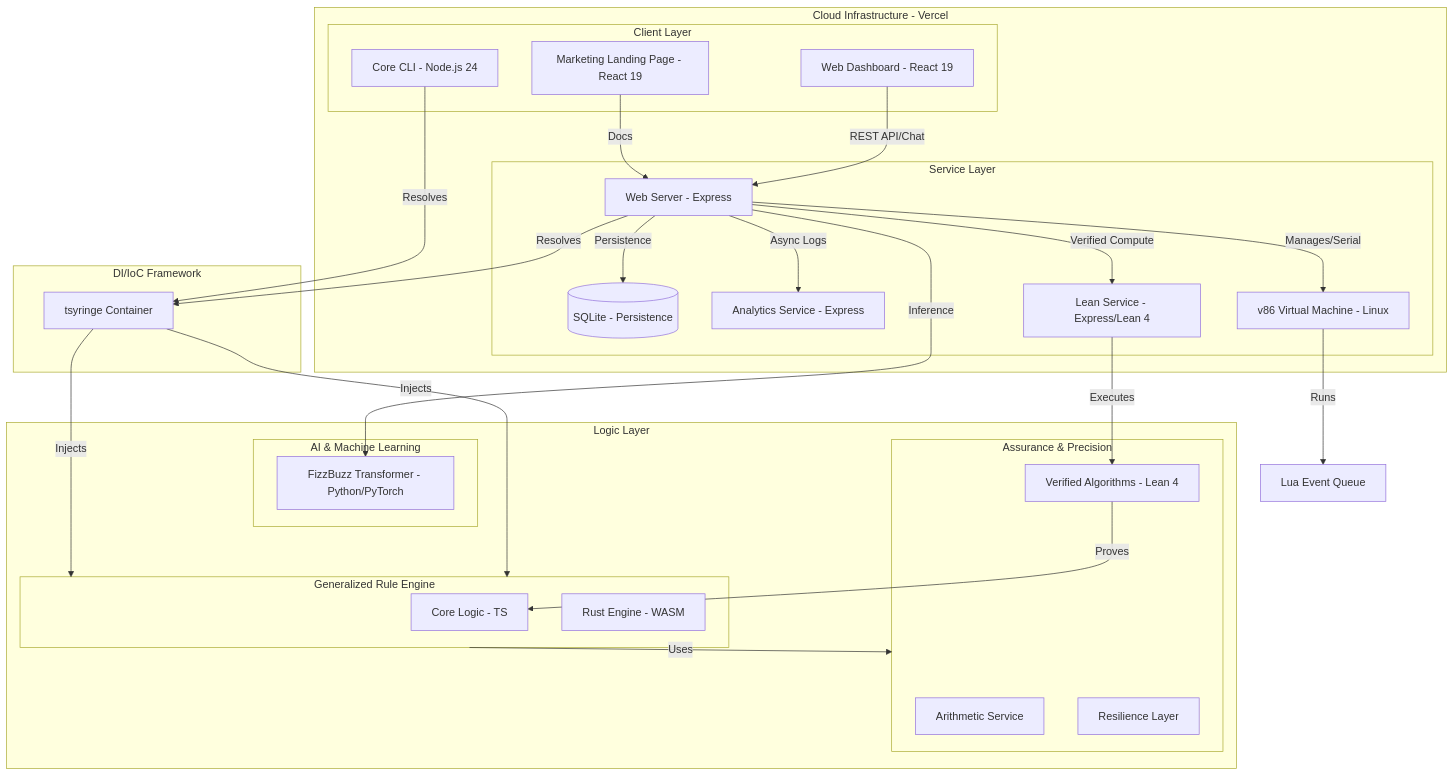
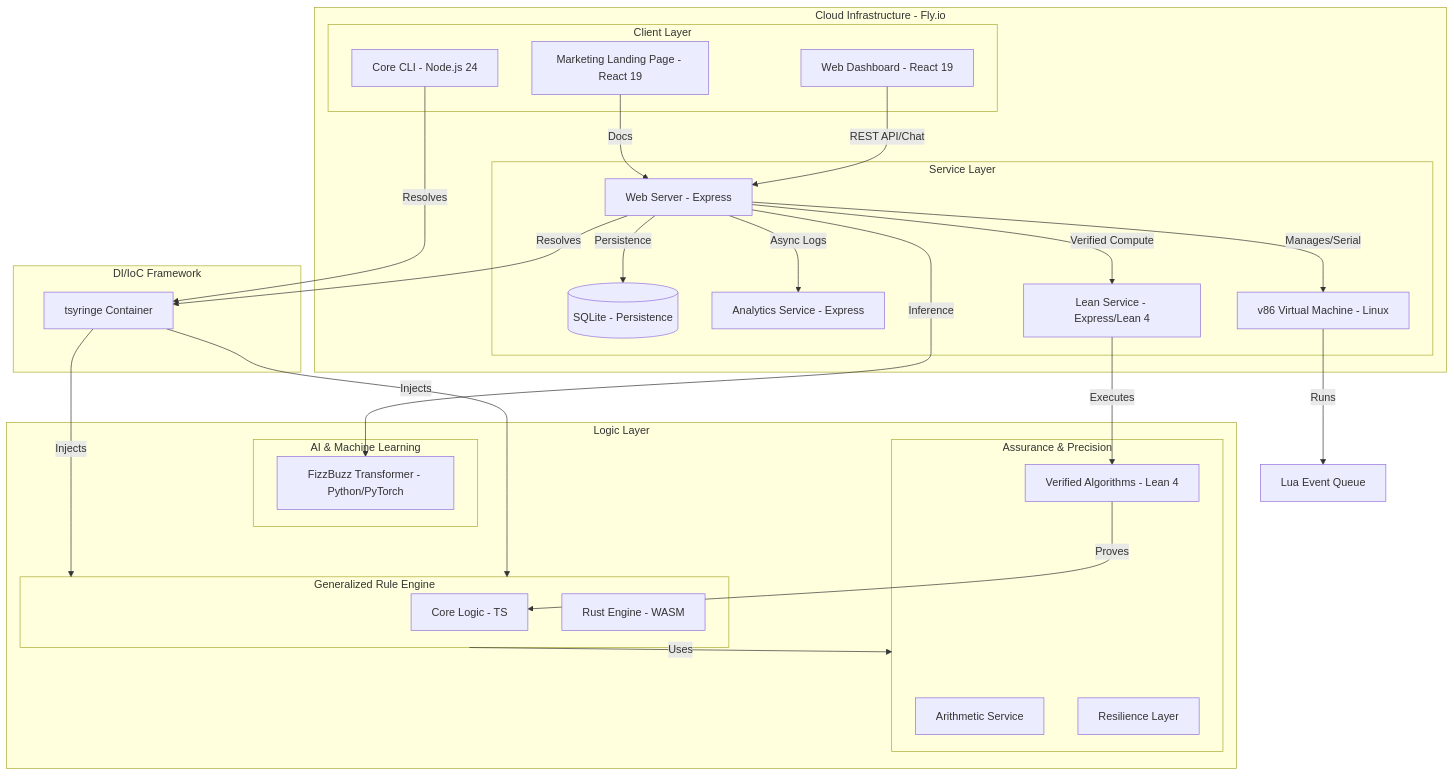
Before and after one commit to CamJohnson26/agent-first-fizzbuzz-scalable: the second of 2 diagrams in README.md, drawn with Mermaid. The commit also changed other lines of this file and 30 other files, not shown here.

First line of the commit message:
Migrate all apps from Vercel to Fly.io for persistent VM support

````diff
--- a/README.md
+++ b/README.md
@@ -66,53 +66,53 @@
 ```mermaid
 graph TD
-    subgraph Hosting [Cloud Infrastructure - Vercel]
+    subgraph Hosting [Cloud Infrastructure - Fly.io]
         subgraph Client_Layer [Client Layer]
             WD[Web Dashboard - React 19]
             LP[Marketing Landing Page - React 19]
             CLI[Core CLI - Node.js 24]
         end
 
         subgraph Service_Layer [Service Layer]
             WS[Web Server - Express]
             DB[(SQLite - Persistence)]
             AS[Analytics Service - Express]
             LS[Lean Service - Express/Lean 4]
             VM[v86 Virtual Machine - Linux]
         end
     end
 
     subgraph Logic_Layer [Logic Layer]
         subgraph Generalized_Engine [Generalized Rule Engine]
             CL[Core Logic - TS]
             RE[Rust Engine - WASM]
         end
         subgraph Machine_Learning [AI & Machine Learning]
             TF[FizzBuzz Transformer - Python/PyTorch]
         end
         subgraph Assurance_Layer [Assurance & Precision]
             ASV[Arithmetic Service]
             RL[Resilience Layer]
             VA[Verified Algorithms - Lean 4]
         end
     end
 
     subgraph DI_IoC [DI/IoC Framework]
         DI[tsyringe Container]
     end
 
     WD -- REST API/Chat --> WS
     LP -- Docs --> WS
     WS -- Persistence --> DB
     WS -- Inference --> TF
     WS -- Resolves --> DI
     WS -- Manages/Serial --> VM
     VM -- Runs --> EQ[Lua Event Queue]
     DI -- Injects --> Generalized_Engine
     WS -- Async Logs --> AS
     WS -- Verified Compute --> LS
     CLI -- Resolves --> DI
     DI -- Injects --> Generalized_Engine
     Generalized_Engine -- Uses --> Assurance_Layer
     VA -- Proves --> CL
     LS -- Executes --> VA
 ```
````
